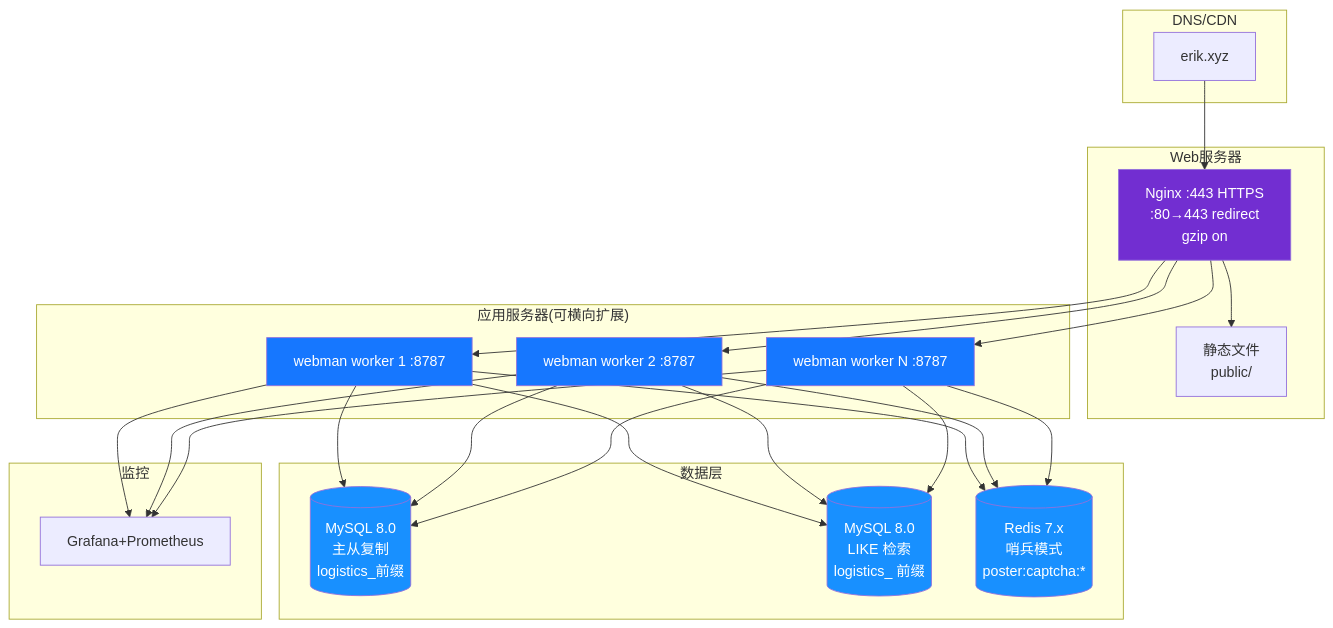
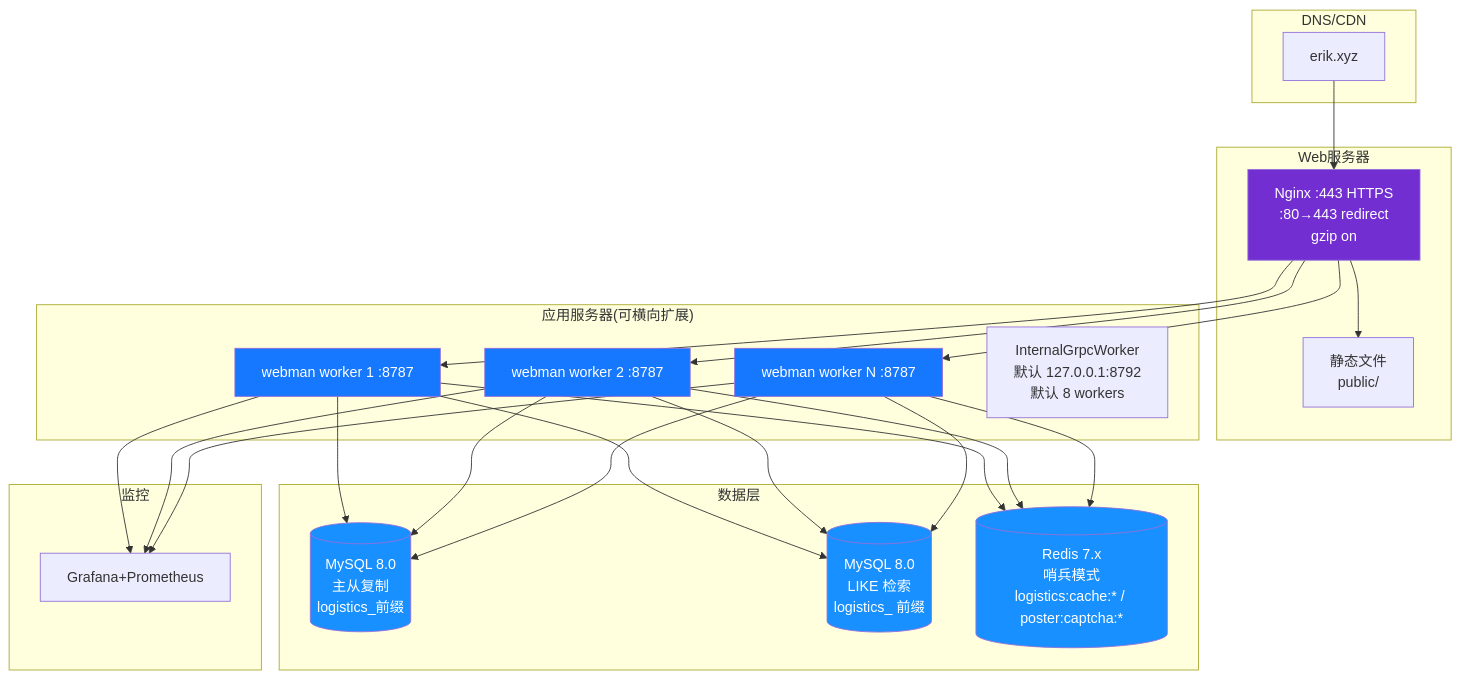
The diagram in admin/docs/diagrams/12-deployment.md (erikwang2013/integrated-global-logistics), drawn with Mermaid before and after one commit. The commit also changed other lines of this file and 88 other files, not shown here.

````diff
--- a/admin/docs/diagrams/12-deployment.md
+++ b/admin/docs/diagrams/12-deployment.md
@@ -3,45 +3,46 @@
 ```mermaid
 flowchart TB
     subgraph dns["DNS/CDN"]
         domain["erik.xyz"]
     end
 
     subgraph web["Web服务器"]
         nginx["Nginx :443 HTTPS<br/>:80→443 redirect<br/>gzip on"]
         static["静态文件<br/>public/"]
     end
 
     subgraph app["应用服务器(可横向扩展)"]
         wm1["webman worker 1 :8787"]
         wm2["webman worker 2 :8787"]
         wm3["webman worker N :8787"]
+        grpc["InternalGrpcWorker<br/>默认 127.0.0.1:8792<br/>默认 8 workers"]
     end
 
     subgraph data["数据层"]
         mysql[("MySQL 8.0<br/>主从复制<br/>logistics_前缀")]
         es[("MySQL 8.0<br/>LIKE 检索<br/>logistics_ 前缀")]
-        redis[("Redis 7.x<br/>哨兵模式<br/>poster:captcha:*")]
+        redis[("Redis 7.x<br/>哨兵模式<br/>logistics:cache:* / poster:captcha:*")]
     end
 
     subgraph monitor["监控"]
         grafana["Grafana+Prometheus"]
     end
 
     domain --> nginx
     nginx --> static
     nginx --> wm1
     nginx --> wm2
     nginx --> wm3
     wm1 & wm2 & wm3 --> mysql
     wm1 & wm2 & wm3 --> es
     wm1 & wm2 & wm3 --> redis
     wm1 & wm2 & wm3 --> grafana
 
     style nginx fill:#722ED1,color:#fff
     style wm1 fill:#1677FF,color:#fff
     style wm2 fill:#1677FF,color:#fff
     style wm3 fill:#1677FF,color:#fff
     style mysql fill:#1890FF,color:#fff
     style es fill:#1890FF,color:#fff
     style redis fill:#1890FF,color:#fff
 ```
````
